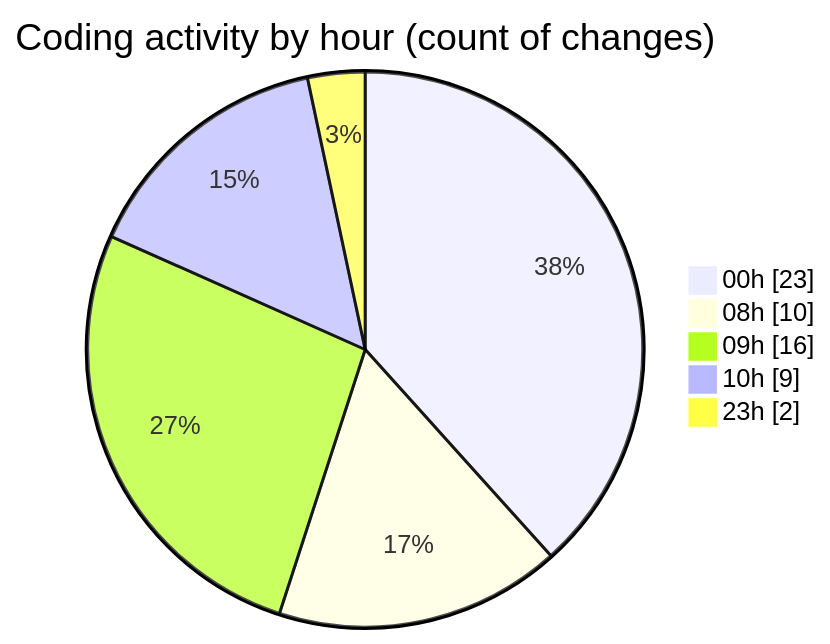
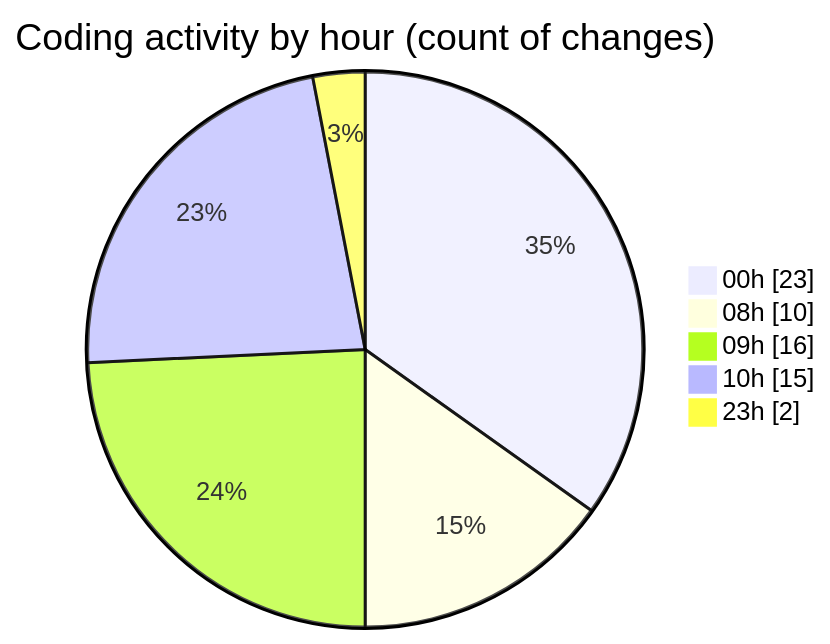
Before and after one commit to Elitesun/code-tracking: the second of 2 diagrams in 2025-05-29/advertise/README.md, drawn with Mermaid. The commit also changed other lines of this file and 1 other file, not shown here.

````diff
--- a/2025-05-29/advertise/README.md
+++ b/2025-05-29/advertise/README.md
@@ -35,9 +35,9 @@
 ```mermaid
 pie showData
 title Coding activity by hour (count of changes)
 "00h" : 23
 "08h" : 10
 "09h" : 16
-"10h" : 9
+"10h" : 15
 "23h" : 2
 ```
````
